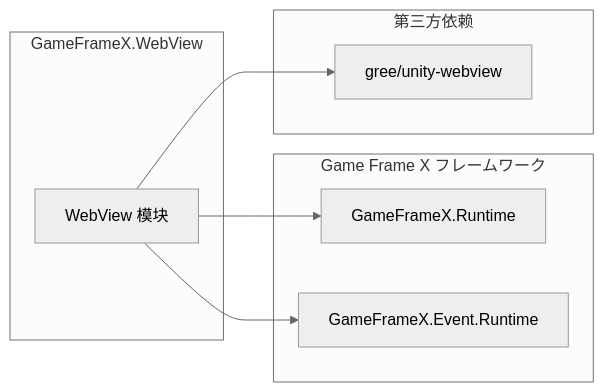
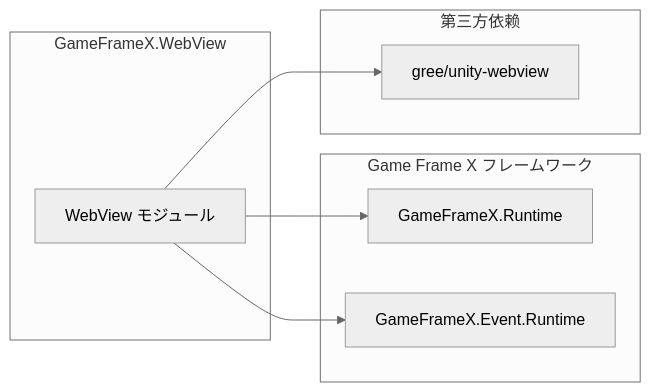
One commit to AlianBlank/GameFrameX.Docs changed the third of 3 diagrams in docs/ja/client/unity/component/webview/01.overview.md. Above: the diagram before and after it, drawn with Mermaid (neutral theme). The commit also changed other lines of this file and 320 other files, not shown here.

````diff
--- a/docs/ja/client/unity/component/webview/01.overview.md
+++ b/docs/ja/client/unity/component/webview/01.overview.md
@@ -143,19 +143,19 @@
 ```mermaid
 flowchart LR
-    subgraph 本模块["GameFrameX.WebView"]
-        WebView["WebView 模块"]
+    subgraph 本モジュール["GameFrameX.WebView"]
+        WebView["WebView モジュール"]
     end
 
-    subgraph フレームワーク依存["Game Frame X フレームワーク"]
+    subgraph フレームワーク依赖["Game Frame X フレームワーク"]
         Runtime["GameFrameX.Runtime"]
         Event["GameFrameX.Event.Runtime"]
     end
 
     subgraph 第三方依赖["第三方依赖"]
         UnityWebView["gree/unity-webview"]
     end
 
     WebView --> Runtime
     WebView --> Event
     WebView --> UnityWebView
 ```
````
